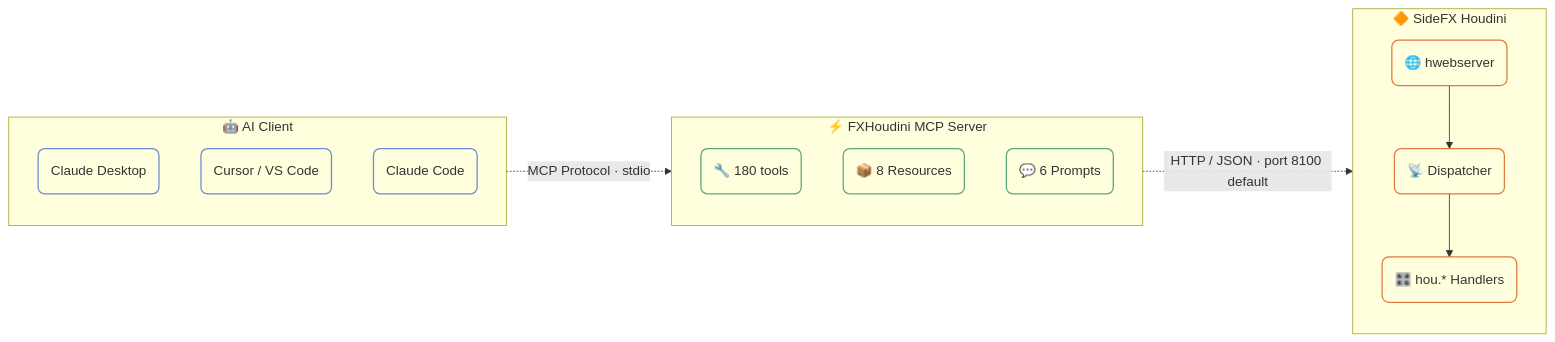
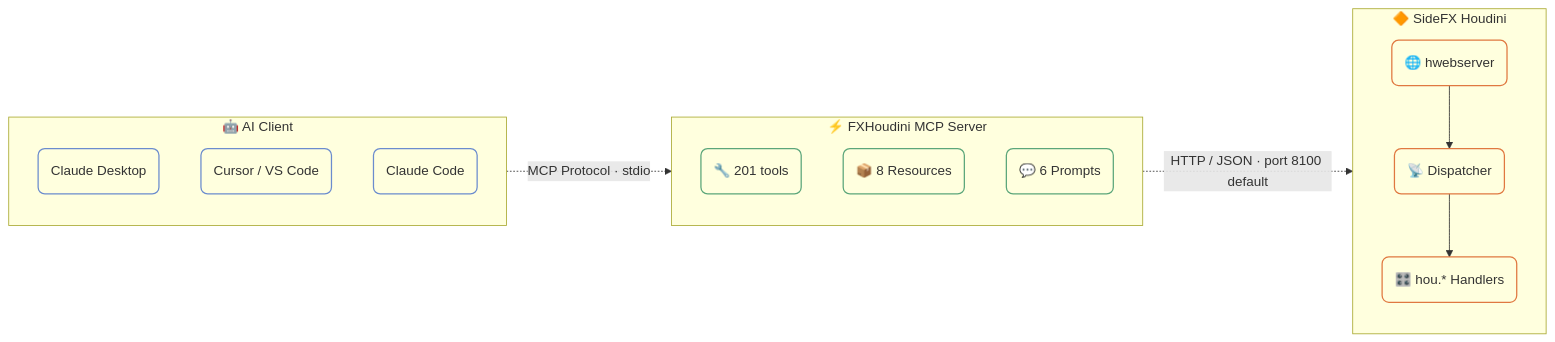
One commit to rossgeorgia0430-cyber/fxhoudinimcp-windows-agents changed the diagram in docs/index.md. Above: the diagram before and after it, drawn with Mermaid. The commit also changed other lines of this file and 27 other files, not shown here.

````diff
--- a/docs/index.md
+++ b/docs/index.md
@@ -40,35 +40,35 @@
 ```mermaid
 flowchart LR
     subgraph Client[" 🤖 AI Client "]
         direction TB
         A1("Claude Desktop")
         A2("Cursor / VS Code")
         A3("Claude Code")
     end
 
     subgraph MCP[" ⚡ FXHoudini MCP Server "]
         direction TB
-        B1("🔧 180 tools")
+        B1("🔧 201 tools")
         B2("📦 8 Resources")
         B3("💬 6 Prompts")
     end
 
     subgraph Houdini[" 🔶 SideFX Houdini "]
         direction TB
         C1("🌐 hwebserver")
         C2("📡 Dispatcher")
         C3("🎛️ hou.* Handlers")
         C1 --> C2 --> C3
     end
 
     Client -. "MCP Protocol · stdio" .-> MCP
     MCP -. "HTTP / JSON · port 8100 default" .-> Houdini
 
     classDef clientNode fill:transparent,stroke:#6b8cce,stroke-width:1.5px,rx:8,ry:8
     classDef mcpNode fill:transparent,stroke:#5ba67a,stroke-width:1.5px,rx:8,ry:8
     classDef houdiniNode fill:transparent,stroke:#e07840,stroke-width:1.5px,rx:8,ry:8
 
     class A1,A2,A3 clientNode
     class B1,B2,B3 mcpNode
     class C1,C2,C3 houdiniNode
 ```
````
